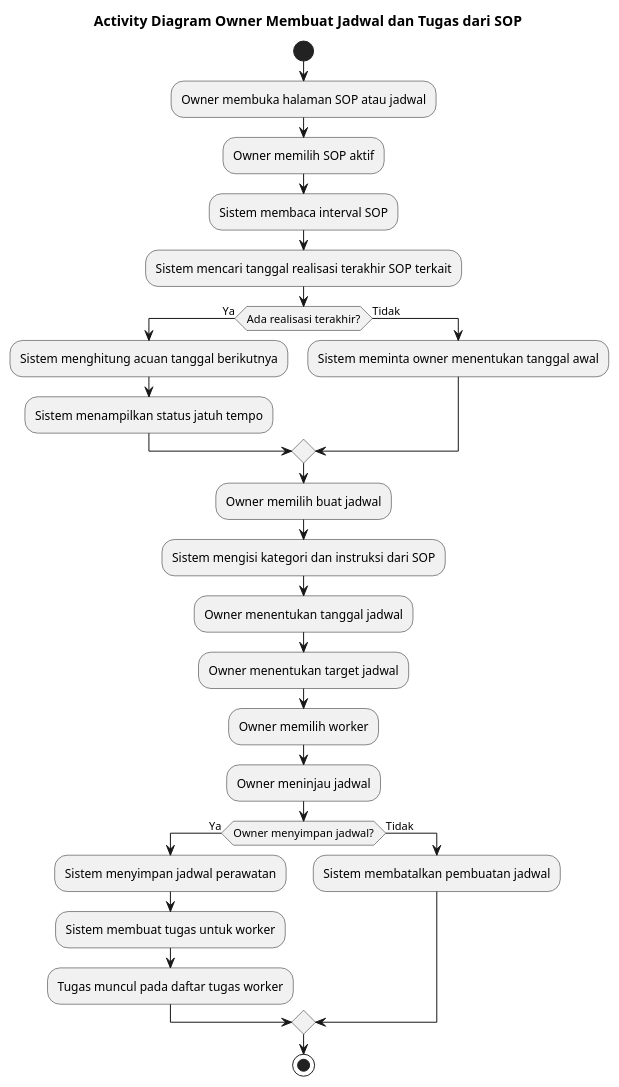
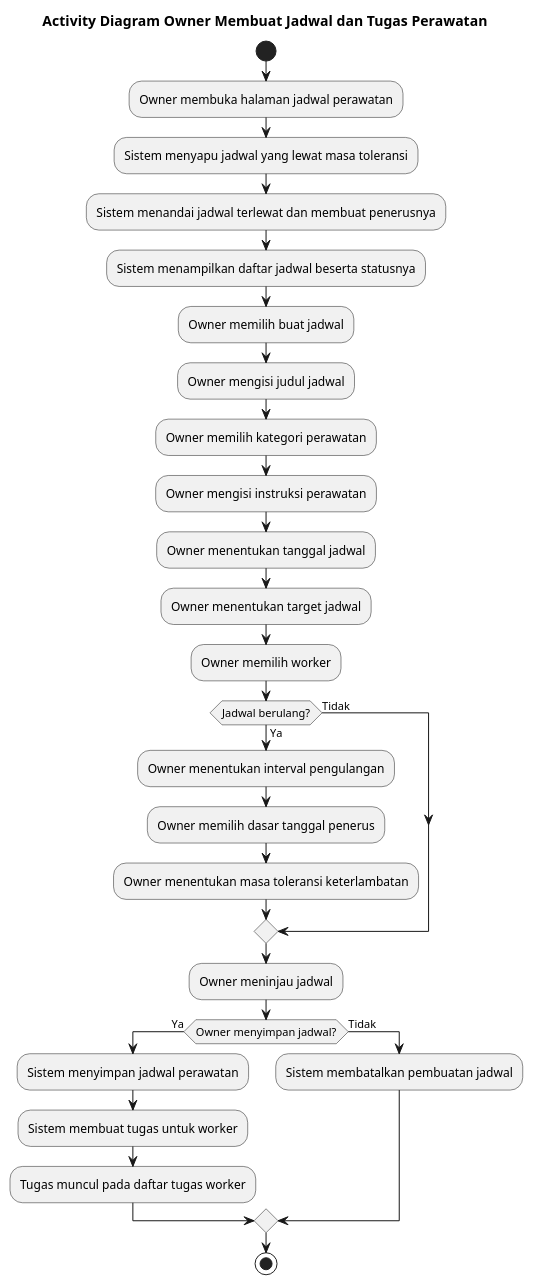
Before and after one commit to LittleBoss119/avology-mobile-2: the ninth of 12 diagrams in docs/keep/source-of-truth/08-activity-diagram.md, drawn with PlantUML. The commit also changed other lines of this file and 49 other files, not shown here.

````diff
--- a/docs/keep/source-of-truth/08-activity-diagram.md
+++ b/docs/keep/source-of-truth/08-activity-diagram.md
@@ -419,36 +383,39 @@
 ```plantuml
 @startuml
-title Activity Diagram Owner Membuat Jadwal dan Tugas dari SOP
+title Activity Diagram Owner Membuat Jadwal dan Tugas Perawatan
 
 start
 
-:Owner membuka halaman SOP atau jadwal;
-:Owner memilih SOP aktif;
-:Sistem membaca interval SOP;
-:Sistem mencari tanggal realisasi terakhir SOP terkait;
-
-if (Ada realisasi terakhir?) then (Ya)
-  :Sistem menghitung acuan tanggal berikutnya;
-  :Sistem menampilkan status jatuh tempo;
-else (Tidak)
-  :Sistem meminta owner menentukan tanggal awal;
-endif
+:Owner membuka halaman jadwal perawatan;
+:Sistem menyapu jadwal yang lewat masa toleransi;
+:Sistem menandai jadwal terlewat dan membuat penerusnya;
+:Sistem menampilkan daftar jadwal beserta statusnya;
 
 :Owner memilih buat jadwal;
-:Sistem mengisi kategori dan instruksi dari SOP;
+:Owner mengisi judul jadwal;
+:Owner memilih kategori perawatan;
+:Owner mengisi instruksi perawatan;
 :Owner menentukan tanggal jadwal;
 :Owner menentukan target jadwal;
 :Owner memilih worker;
+
+if (Jadwal berulang?) then (Ya)
+  :Owner menentukan interval pengulangan;
+  :Owner memilih dasar tanggal penerus;
+  :Owner menentukan masa toleransi keterlambatan;
+else (Tidak)
+endif
+
 :Owner meninjau jadwal;
 
 if (Owner menyimpan jadwal?) then (Ya)
   :Sistem menyimpan jadwal perawatan;
   :Sistem membuat tugas untuk worker;
   :Tugas muncul pada daftar tugas worker;
 else (Tidak)
   :Sistem membatalkan pembuatan jadwal;
 endif
 
 stop
 @enduml
 ```
````
